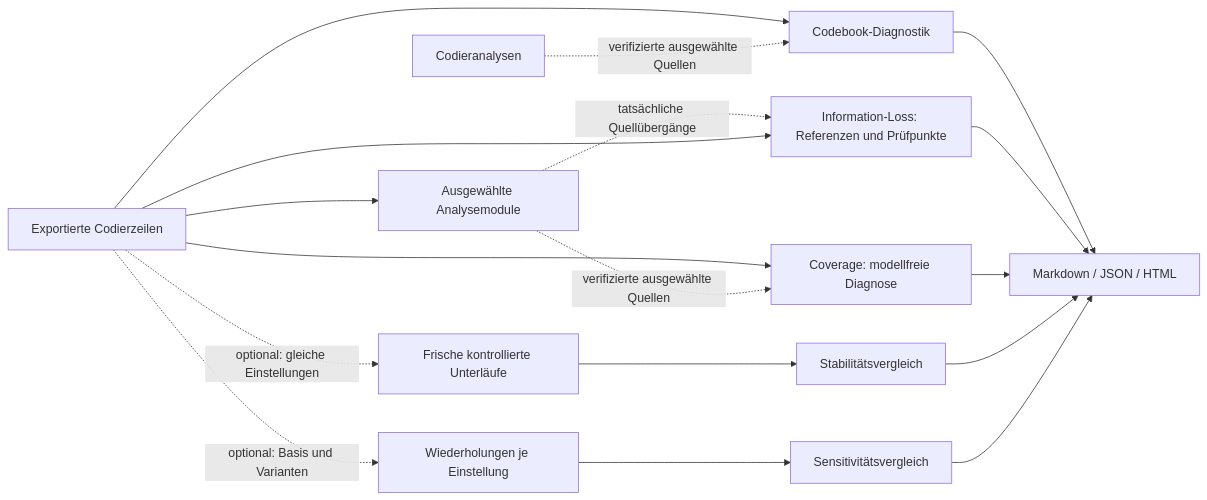
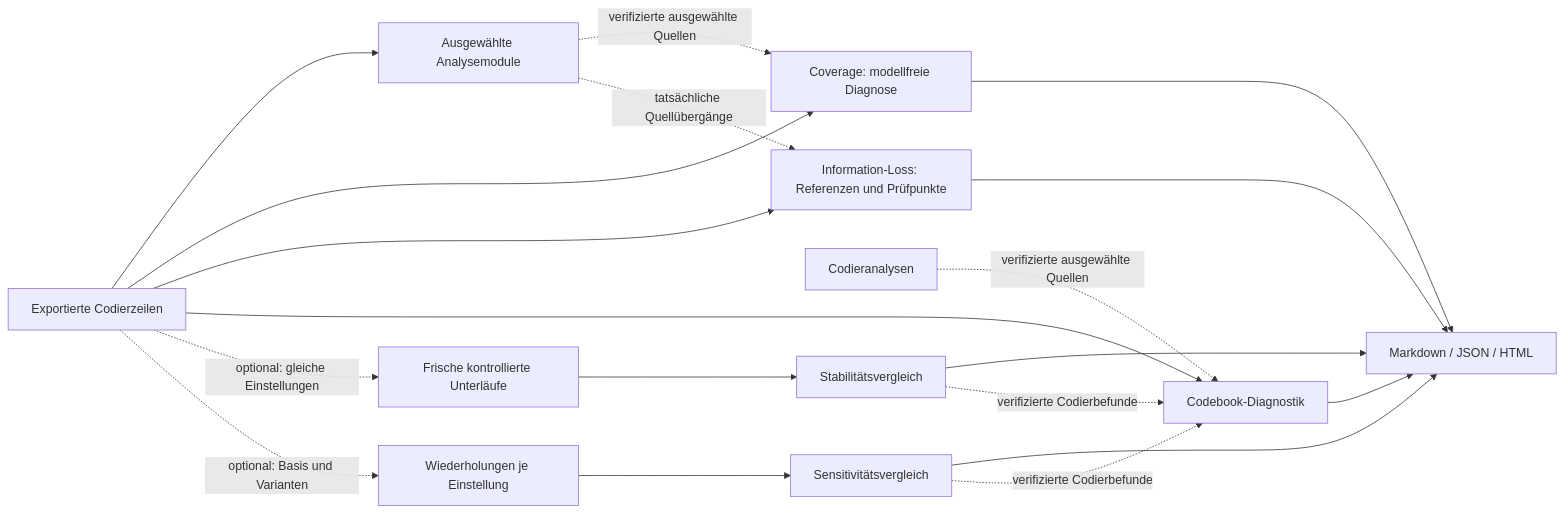
Before and after one commit to braendma/Qualitative-Analyse-mit-Ollama: the diagram in docs/README_WORKFLOW.md, drawn with Mermaid. The commit also changed other lines of this file and 26 other files, not shown here.

````diff
--- a/docs/README_WORKFLOW.md
+++ b/docs/README_WORKFLOW.md
@@ -9,19 +9,21 @@
 ```mermaid
 flowchart LR
   Input[Exportierte Codierzeilen] --> Analysen[Ausgewählte Analysemodule]
   Input --> Coverage[Coverage: modellfreie Diagnose]
   Analysen -. verifizierte ausgewählte Quellen .-> Coverage
   Analysen -. tatsächliche Quellübergänge .-> Audit[Information-Loss: Referenzen und Prüfpunkte]
   Input --> Audit
   Input --> Codebook[Codebook-Diagnostik]
   Codieranalysen -. verifizierte ausgewählte Quellen .-> Codebook
   Codebook --> Bericht
   Audit --> Bericht
   Coverage --> Bericht[Markdown / JSON / HTML]
   Input -. optional: gleiche Einstellungen .-> Wiederholungen[Frische kontrollierte Unterläufe]
   Wiederholungen --> Stabilitaet[Stabilitätsvergleich]
   Input -. optional: Basis und Varianten .-> Varianten[Wiederholungen je Einstellung]
   Varianten --> Sensitivitaet[Sensitivitätsvergleich]
   Stabilitaet --> Bericht
   Sensitivitaet --> Bericht
+  Stabilitaet -. verifizierte Codierbefunde .-> Codebook
+  Sensitivitaet -. verifizierte Codierbefunde .-> Codebook
 ```
````
